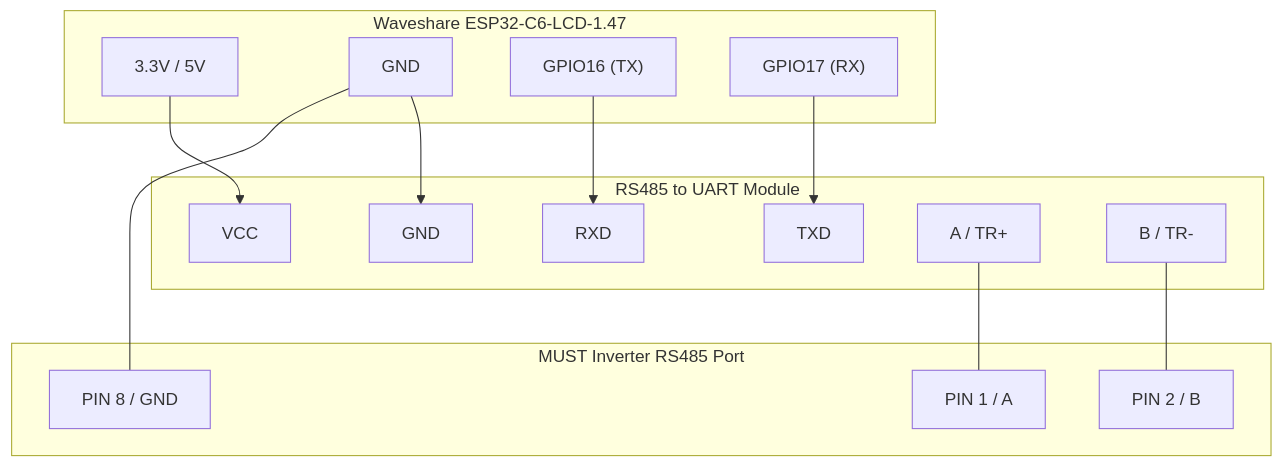
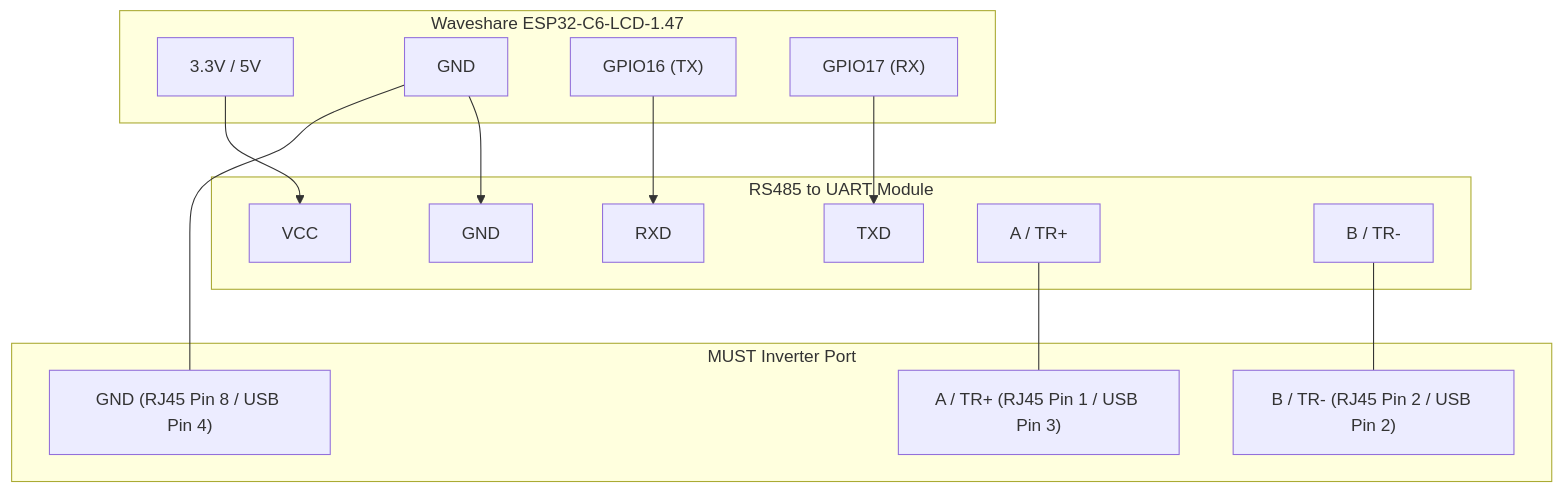
Before and after one commit to set-st/esphome-must-inverter: the diagram in README-must-ph19.md, drawn with Mermaid. The commit also changed other lines of this file, not shown here.

````diff
--- a/README-must-ph19.md
+++ b/README-must-ph19.md
@@ -33,35 +51,35 @@
 ```mermaid
 graph TD
     subgraph "Waveshare ESP32-C6-LCD-1.47"
         3V3["3.3V / 5V"]
         GND1["GND"]
         G16["GPIO16 (TX)"]
         G17["GPIO17 (RX)"]
     end
 
     subgraph "RS485 to UART Module"
         RS_VCC["VCC"]
         RS_GND["GND"]
         RS_RXD["RXD"]
         RS_TXD["TXD"]
         RS_A["A / TR+"]
         RS_B["B / TR-"]
     end
 
-    subgraph "MUST Inverter RS485 Port"
-        INV_A["PIN 1 / A"]
-        INV_B["PIN 2 / B"]
-        INV_GND["PIN 8 / GND"]
+    subgraph "MUST Inverter Port"
+        INV_A["A / TR+ (RJ45 Pin 1 / USB Pin 3)"]
+        INV_B["B / TR- (RJ45 Pin 2 / USB Pin 2)"]
+        INV_GND["GND (RJ45 Pin 8 / USB Pin 4)"]
     end
 
     %% RS485 Power & Data
     3V3 --> RS_VCC
     GND1 --> RS_GND
     G16 --> RS_RXD
     G17 --> RS_TXD
 
     %% Modbus to Inverter
     RS_A --- INV_A
     RS_B --- INV_B
     GND1 --- INV_GND
 ```
````
